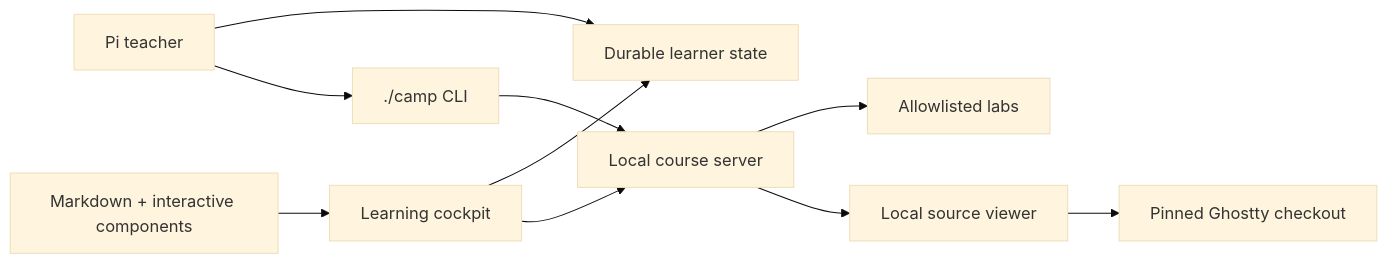
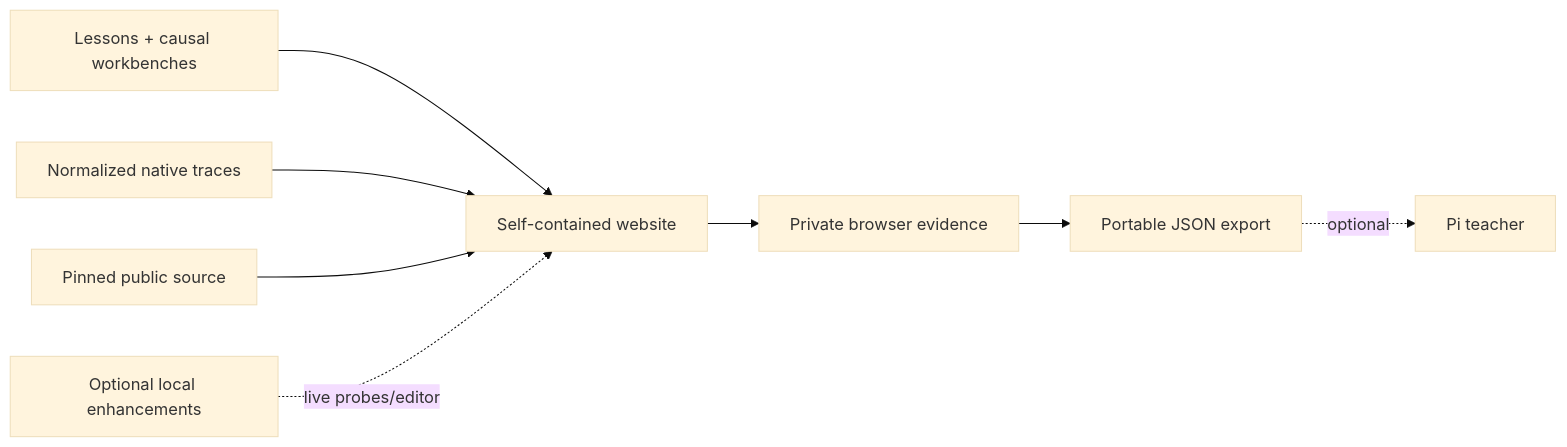
Before and after one commit to b1tank/learn-ghostty: the diagram in docs/PRODUCT.md, drawn with Mermaid (base theme). The commit also changed other lines of this file and 6 other files, not shown here.

Commit message:
docs: make Pi and local services optional

````diff
--- a/docs/PRODUCT.md
+++ b/docs/PRODUCT.md
@@ -12,12 +9,10 @@
 ```mermaid
 flowchart LR
-    Pi[Pi teacher] --> State[Durable learner state]
-    Browser[Learning cockpit] --> State
-    Pi --> CLI[./camp CLI]
-    CLI --> Server[Local course server]
-    Browser --> Server
-    Server --> Labs[Allowlisted labs]
-    Server --> Source[Local source viewer]
-    Source --> Ghostty[Pinned Ghostty checkout]
-    Content[Markdown + interactive components] --> Browser
+    Content[Lessons + causal workbenches] --> Browser[Self-contained website]
+    Traces[Normalized native traces] --> Browser
+    Source[Pinned public source] --> Browser
+    Browser --> State[Private browser evidence]
+    State --> Export[Portable JSON export]
+    Export -. optional .-> Pi[Pi teacher]
+    Local[Optional local enhancements] -. live probes/editor .-> Browser
 ```
````
